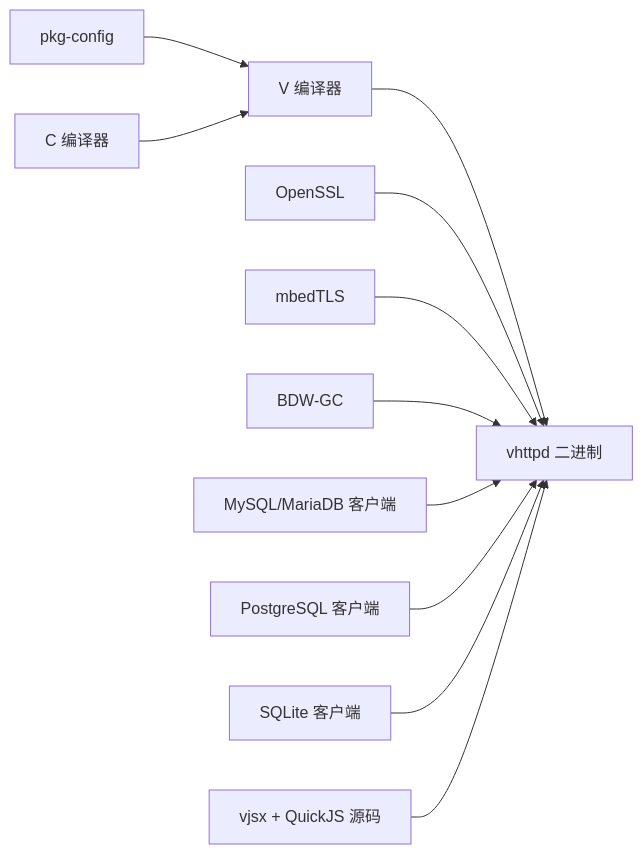
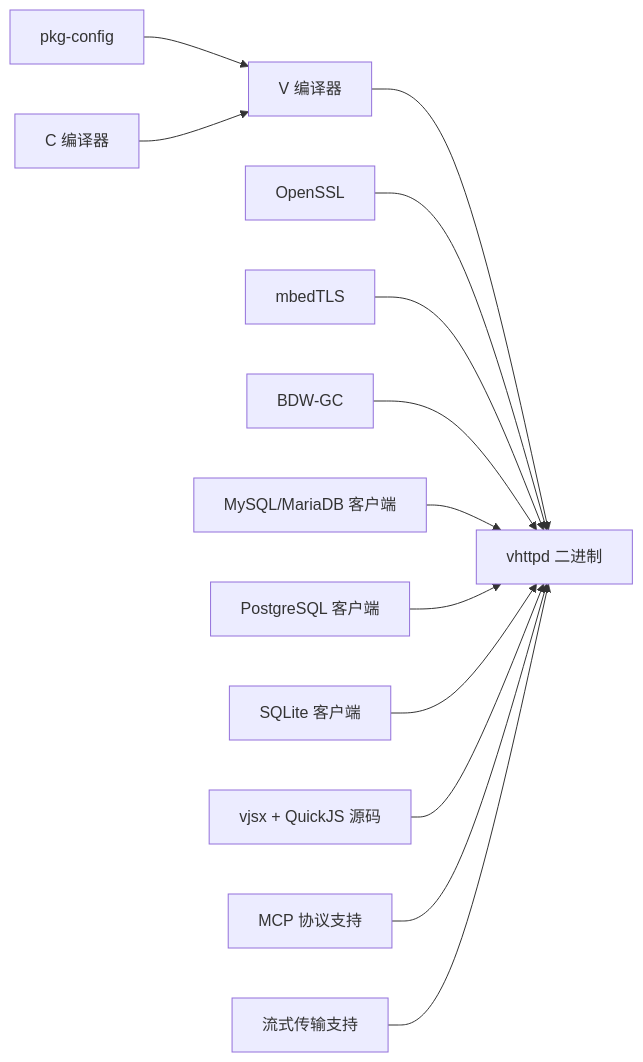
Before and after one commit to guweigang/vhttpd: diagram 11 of 11 in .qoder/repowiki/zh/content/项目概述/技术栈.md, drawn with Mermaid. The commit also changed other lines of this file and 376 other files, not shown here.

````diff
--- a/.qoder/repowiki/zh/content/项目概述/技术栈.md
+++ b/.qoder/repowiki/zh/content/项目概述/技术栈.md
@@ -367,13 +493,15 @@
 ```mermaid
 graph LR
 V["V 编译器"] --> BIN["vhttpd 二进制"]
 PKG["pkg-config"] --> V
 CC["C 编译器"] --> V
 OSSL["OpenSSL"] --> BIN
 MBED["mbedTLS"] --> BIN
 GC["BDW-GC"] --> BIN
 MY["MySQL/MariaDB 客户端"] --> BIN
 PG["PostgreSQL 客户端"] --> BIN
 SQLITE["SQLite 客户端"] --> BIN
 VJSX["vjsx + QuickJS 源码"] --> BIN
+MCP["MCP 协议支持"] --> BIN
+STREAM["流式传输支持"] --> BIN
 ```
````
